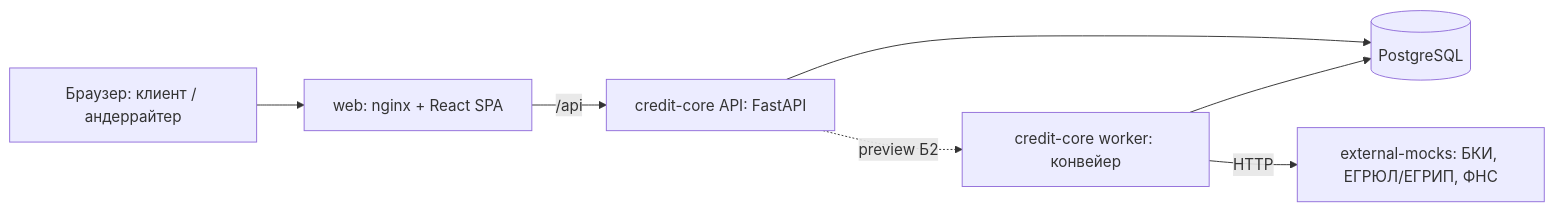
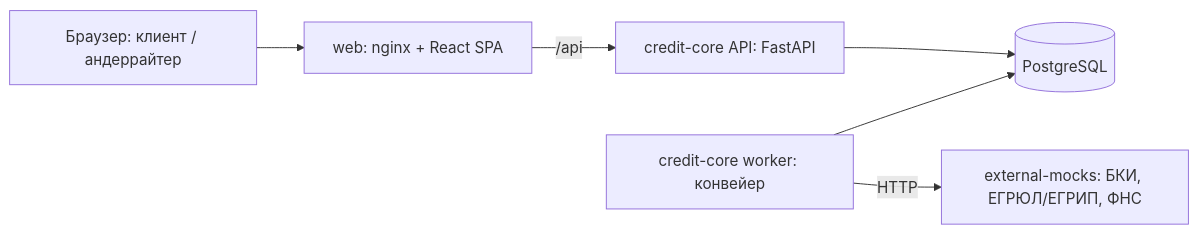
The diagram in docs/architecture.md (dimagb/harkachi_alpha26), drawn with Mermaid before and after one commit. The commit also changed other lines of this file and 4 other files, not shown here.

Commit message:
L-04: статусы в requirements-checklist (36 ☑ / 9 ◐ / 0 ☐), сверка тимлида в requirements-evidence; A17 сверка выручки; веса скоринга в decision-model; Б2 на схеме — в планах

````diff
--- a/docs/architecture.md
+++ b/docs/architecture.md
@@ -25,9 +25,8 @@
 ```mermaid
 flowchart LR
   U[Браузер: клиент / андеррайтер] --> W[web: nginx + React SPA]
   W -->|/api| API[credit-core API: FastAPI]
   API --> DB[(PostgreSQL)]
   WK[credit-core worker: конвейер] --> DB
   WK -->|HTTP| M[external-mocks: БКИ, ЕГРЮЛ/ЕГРИП, ФНС]
-  API -.->|preview Б2| WK
 ```
````
